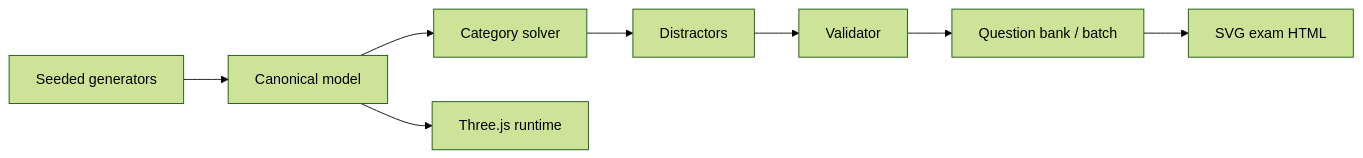
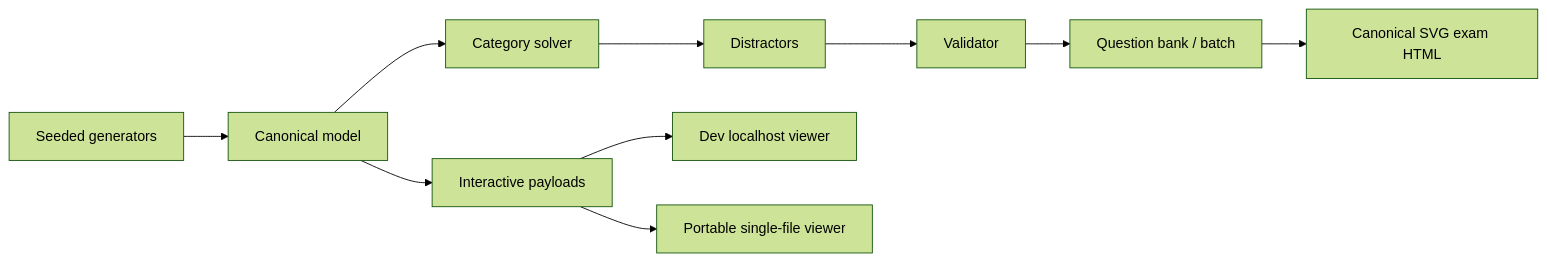
One commit to elementwork/manipat changed the diagram in README.md. Above: the diagram before and after it, drawn with Mermaid (forest theme). The commit also changed other lines of this file and 19 other files, not shown here.

First line of the commit message:
add development and portable interactive viewer modes (#9)

````diff
--- a/README.md
+++ b/README.md
@@ -225,10 +316,12 @@
 ```mermaid
 flowchart LR
     A[Seeded generators] --> B[Canonical model]
     B --> C[Category solver]
     C --> D[Distractors]
     D --> E[Validator]
     E --> F[Question bank / batch]
-    F --> G[SVG exam HTML]
-    B --> H[Three.js runtime]
+    F --> G[Canonical SVG exam HTML]
+    B --> H[Interactive payloads]
+    H --> I[Dev localhost viewer]
+    H --> J[Portable single-file viewer]
 ```
````
